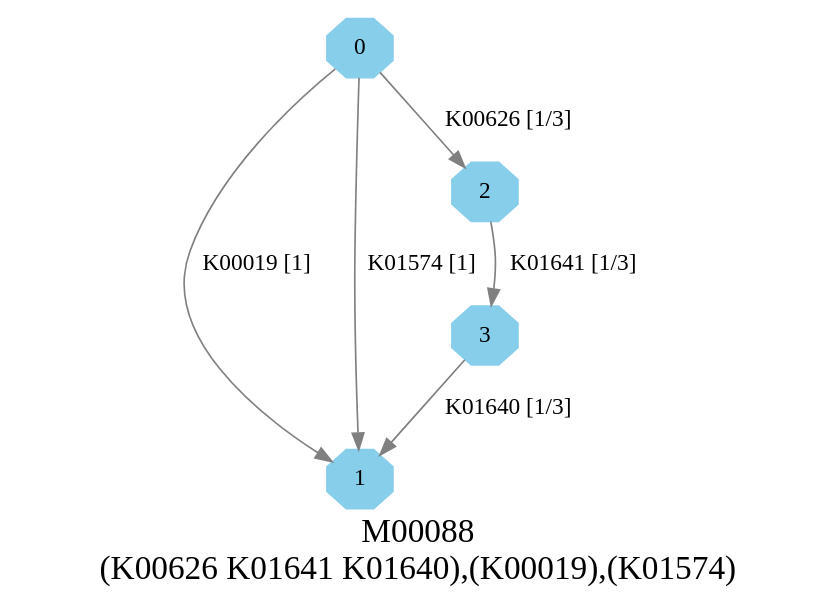
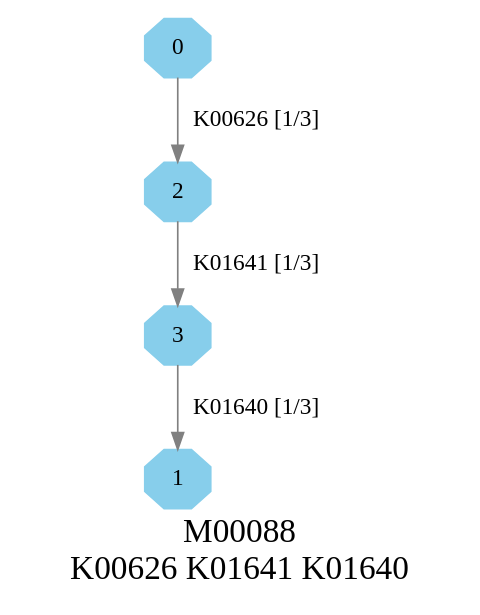
The diagram in graphs/dots/M00088.dot (EBI-Metagenomics/kegg-pathways-completeness-tool), drawn with Graphviz before and after one commit. The commit also changed 654 other files, not shown here.

```diff
--- a/graphs/dots/M00088.dot
+++ b/graphs/dots/M00088.dot
@@ -1,12 +1,10 @@
 digraph G {
 graph [label="M00088
-(K00626 K01641 K01640),(K00019),(K01574)",fontsize=20];
+K00626 K01641 K01640",fontsize=20];
 node [shape=box,style=filled];
 edge [len=3,color=grey];
 {node [width=.3,height=.3,shape=octagon,style=filled,color=skyblue] 0 1 2 3 }
 0 -> 2 [label="K00626 [1/3]"];
-0 -> 1 [label="K00019 [1]"];
-0 -> 1 [label="K01574 [1]"];
 2 -> 3 [label="K01641 [1/3]"];
 3 -> 1 [label="K01640 [1/3]"];
 }
```
